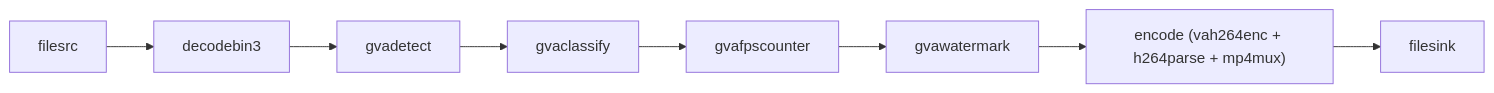
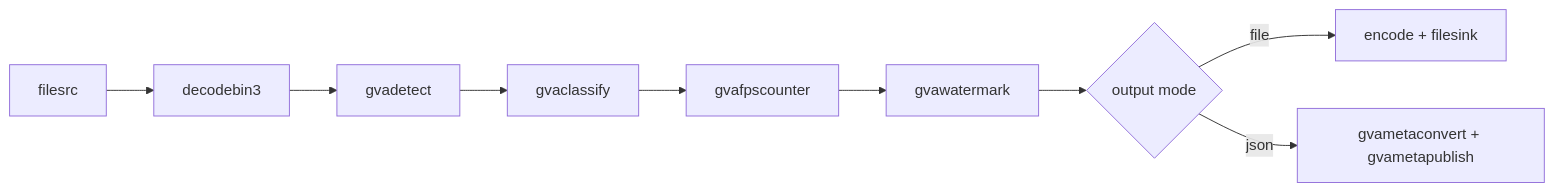
One commit to open-edge-platform/dlstreamer changed the diagram in samples/gstreamer/python/face_detection_and_classification/README.md. Above: the diagram before and after it, drawn with Mermaid. The commit also changed other lines of this file, not shown here.

````diff
--- a/samples/gstreamer/python/face_detection_and_classification/README.md
+++ b/samples/gstreamer/python/face_detection_and_classification/README.md
@@ -21,10 +7,11 @@
 ```mermaid
 graph LR
-    A[filesrc] --> B[decodebin3]
-    B --> C[gvadetect]
-    C --> D[gvaclassify]
-    D --> E[gvafpscounter]
-    E --> F[gvawatermark]
-    F --> G["encode (vah264enc + h264parse + mp4mux)"]
-    G --> H[filesink]
+    A["filesrc"] --> B["decodebin3"]
+    B --> C["gvadetect"]
+    C --> D["gvaclassify"]
+    D --> E["gvafpscounter"]
+    E --> F["gvawatermark"]
+    F --> G{output mode}
+    G -->|file| H["encode + filesink"]
+    G -->|json| I["gvametaconvert + gvametapublish"]
 ```
````
